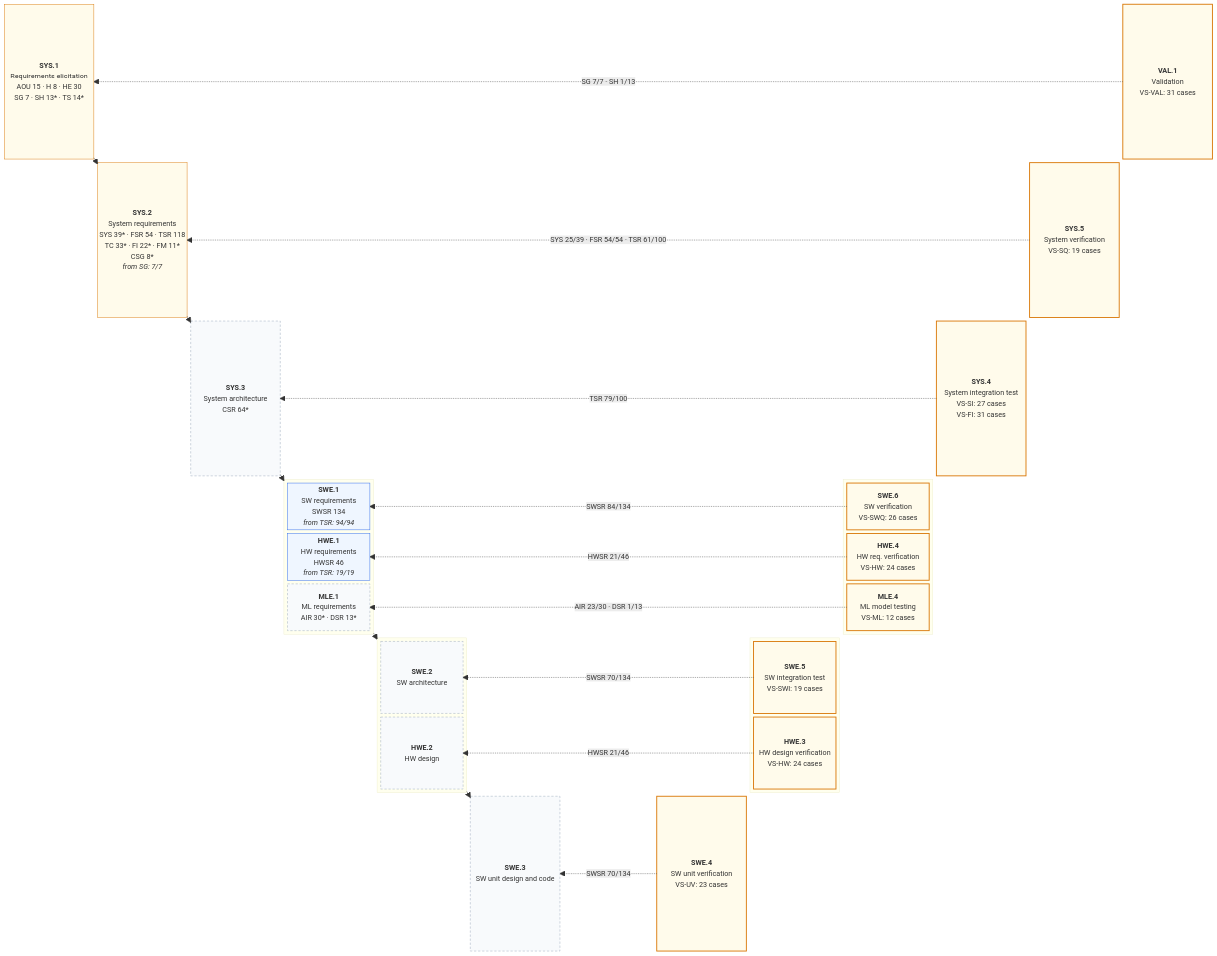
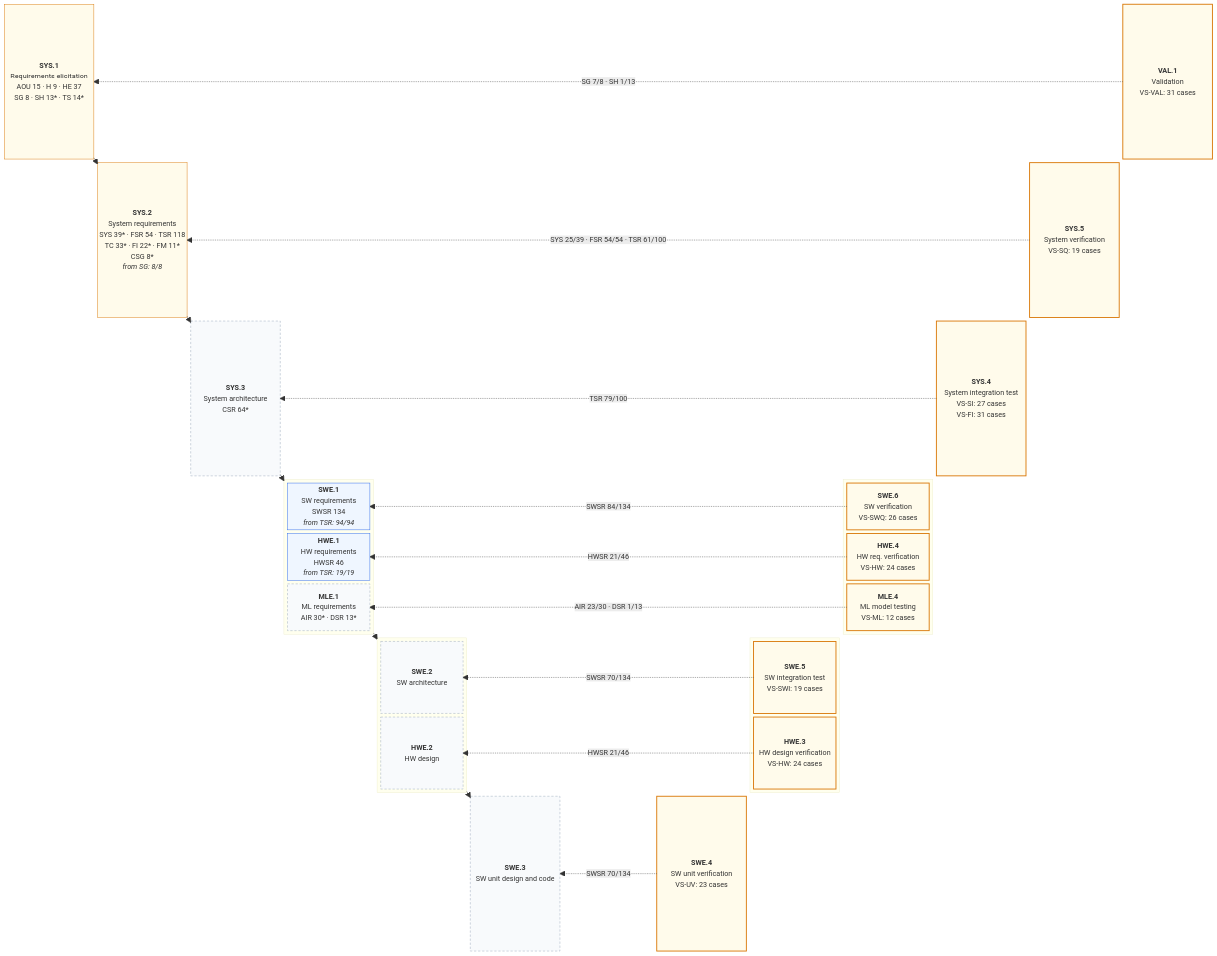
Before and after one commit to jherrodthomas/LionDriver: the first of 2 diagrams in assurance/trace/maps/aspice-trace-map.md, drawn with Mermaid. The commit also changed other lines of this file and 73 other files, not shown here.

````diff
--- a/assurance/trace/maps/aspice-trace-map.md
+++ b/assurance/trace/maps/aspice-trace-map.md
@@ -22,7 +22,7 @@
 ```mermaid
 block-beta
   columns 13
-  SYS1["<b>SYS.1</b><br/>Requirements elicitation<br/>AOU 15 · H 8 · HE 30<br/>SG 7 · SH 13* · TS 14*"]
+  SYS1["<b>SYS.1</b><br/>Requirements elicitation<br/>AOU 15 · H 9 · HE 37<br/>SG 8 · SH 13* · TS 14*"]
   space
   space
   space
@@ -36,7 +36,7 @@
   space
   VAL1["<b>VAL.1</b><br/>Validation<br/>VS-VAL: 31 cases"]
   space
-  SYS2["<b>SYS.2</b><br/>System requirements<br/>SYS 39* · FSR 54 · TSR 118<br/>TC 33* · FI 22* · FM 11*<br/>CSG 8*<br/><i>from SG: 7/7</i>"]
+  SYS2["<b>SYS.2</b><br/>System requirements<br/>SYS 39* · FSR 54 · TSR 118<br/>TC 33* · FI 22* · FM 11*<br/>CSG 8*<br/><i>from SG: 8/8</i>"]
   space
   space
   space
@@ -123,7 +123,7 @@
   SYS3 --> L3
   L3 --> L4
   L4 --> SWE3
-  VAL1 -. "SG 7/7 · SH 1/13" .-> SYS1
+  VAL1 -. "SG 7/8 · SH 1/13" .-> SYS1
   SYS5 -. "SYS 25/39 · FSR 54/54 · TSR 61/100" .-> SYS2
   SYS4 -. "TSR 79/100" .-> SYS3
   SWE6 -. "SWSR 84/134" .-> SWE1
````
